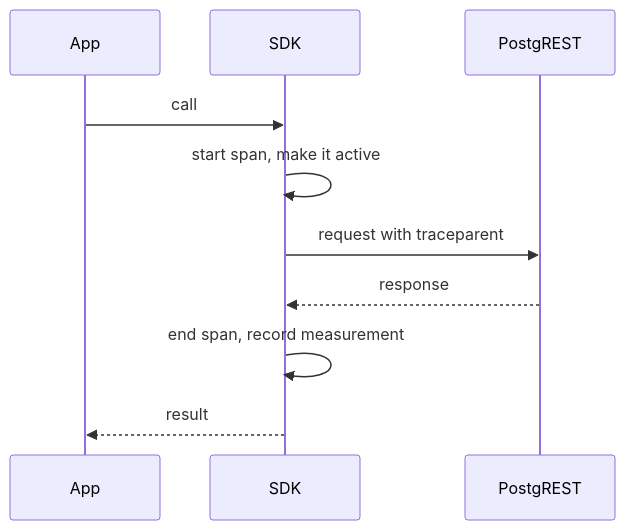
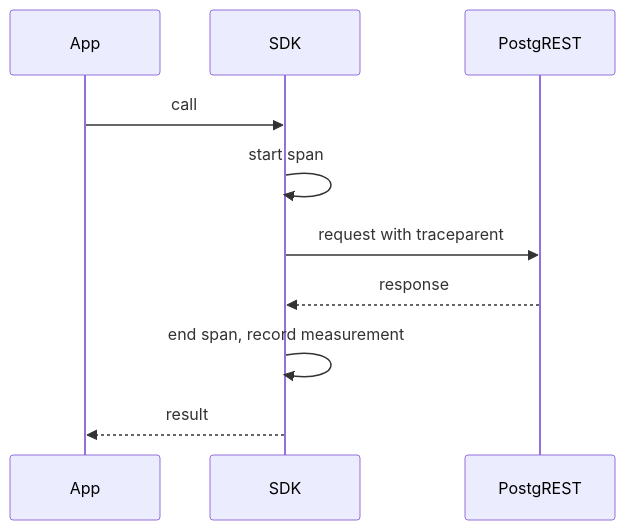
One commit to supabase/sdk changed the diagram in packages/capability-matrix/specs/database/observability/client_spans.md. Above: the diagram before and after it, drawn with Mermaid. The commit also changed other lines of this file, not shown here.

Commit message:
docs(spec): state client span propagation by its traceparent only

````diff
--- a/packages/capability-matrix/specs/database/observability/client_spans.md
+++ b/packages/capability-matrix/specs/database/observability/client_spans.md
@@ -130,12 +129,12 @@
 ```mermaid
 sequenceDiagram
     participant App
     participant SDK
     participant PostgREST
     App->>SDK: call
-    SDK->>SDK: start span, make it active
+    SDK->>SDK: start span
     SDK->>PostgREST: request with traceparent
     PostgREST-->>SDK: response
     SDK->>SDK: end span, record measurement
     SDK-->>App: result
 ```
````
